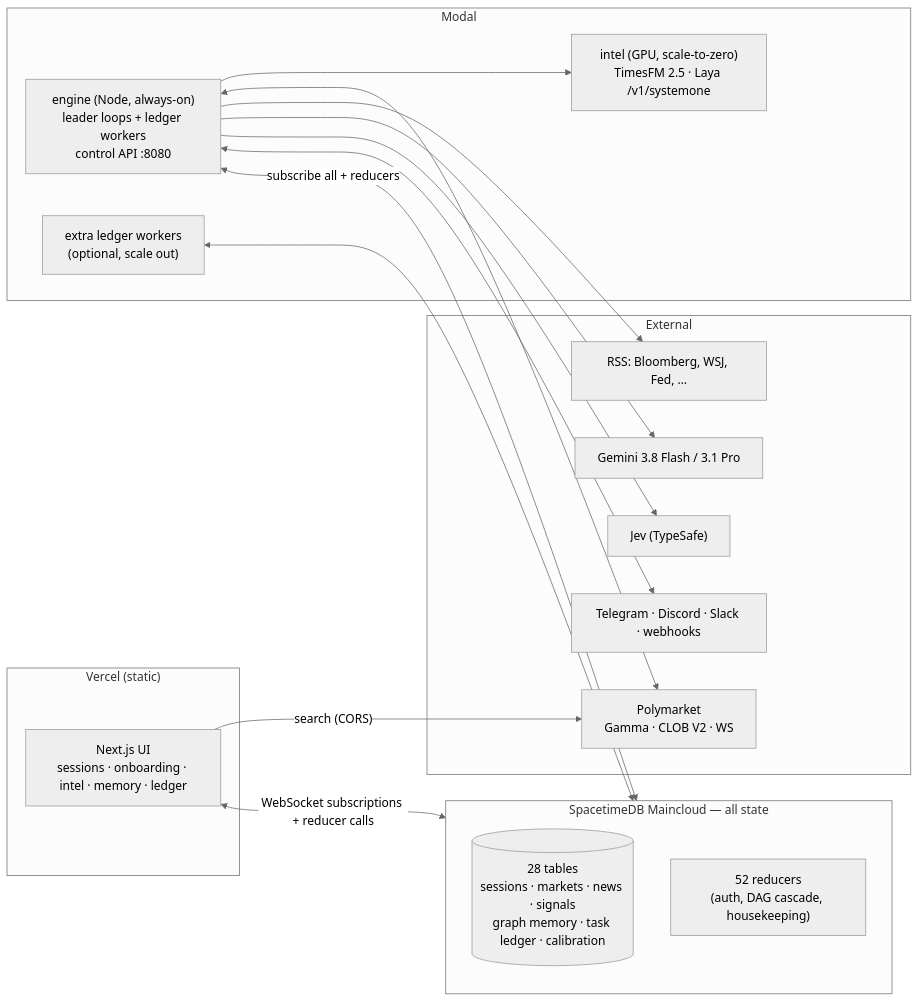
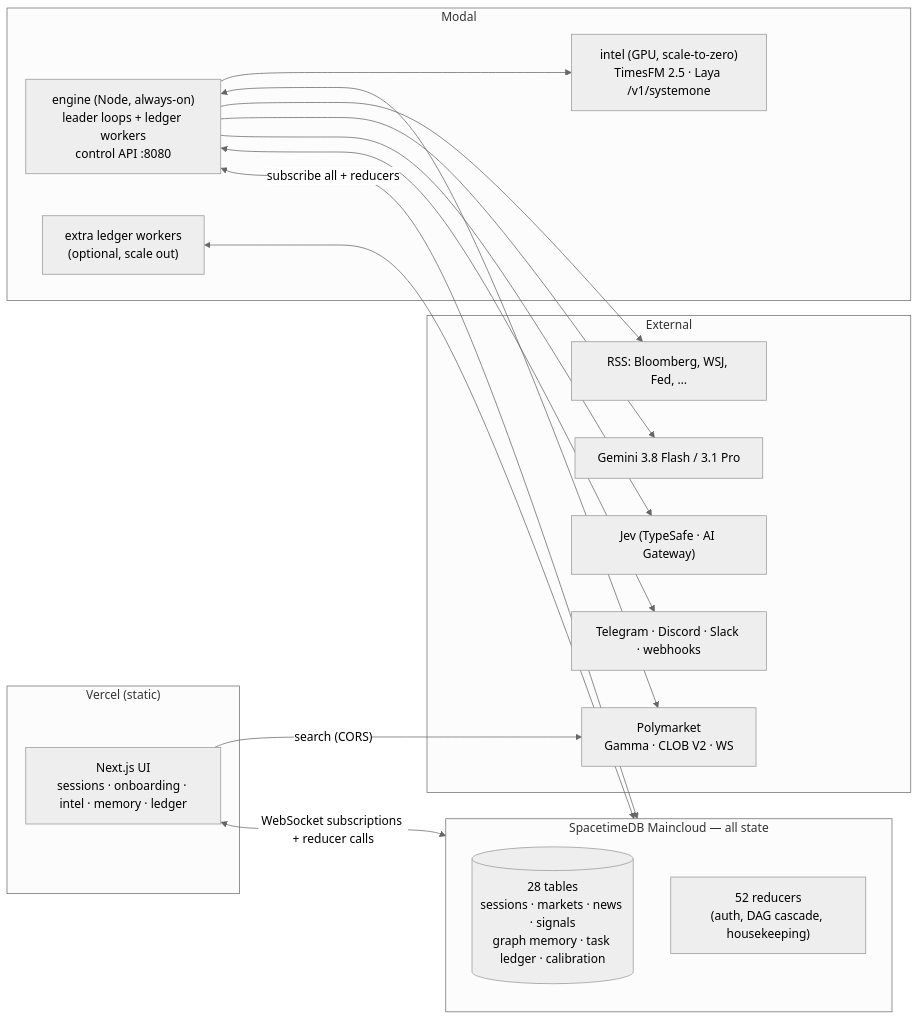
Before and after one commit to WalterGropius/midas: the first of 2 diagrams in docs/ARCHITECTURE.md, drawn with Mermaid (neutral theme). The commit also changed other lines of this file and 20 other files, not shown here.

First line of the commit message:
Route Jev, Gemini and alt models through Vercel AI Gateway

````diff
--- a/docs/ARCHITECTURE.md
+++ b/docs/ARCHITECTURE.md
@@ -9,32 +9,32 @@
 ```mermaid
 flowchart LR
   subgraph Vercel["Vercel (static)"]
     UI["Next.js UI<br/>sessions · onboarding · intel · memory · ledger"]
   end
   subgraph STDB["SpacetimeDB Maincloud — all state"]
     T[("28 tables<br/>sessions · markets · news · signals<br/>graph memory · task ledger · calibration")]
     R["52 reducers<br/>(auth, DAG cascade, housekeeping)"]
   end
   subgraph Modal["Modal"]
     E["engine (Node, always-on)<br/>leader loops + ledger workers<br/>control API :8080"]
     W["extra ledger workers<br/>(optional, scale out)"]
     I["intel (GPU, scale-to-zero)<br/>TimesFM 2.5 · Laya /v1/systemone"]
   end
   subgraph Ext["External"]
     PM["Polymarket<br/>Gamma · CLOB V2 · WS"]
     RSS["RSS: Bloomberg, WSJ, Fed, …"]
     G["Gemini 3.8 Flash / 3.1 Pro"]
-    J["Jev (TypeSafe)"]
+    J["Jev (TypeSafe · AI Gateway)"]
     TG["Telegram · Discord · Slack · webhooks"]
   end
   UI <-- "WebSocket subscriptions + reducer calls" --> STDB
   UI -- "search (CORS)" --> PM
   E <-- "subscribe all + reducers" --> STDB
   W <--> STDB
   E --> I
   E <--> PM
   E --> RSS
   E --> G
   E --> J
   E <--> TG
 ```
````
